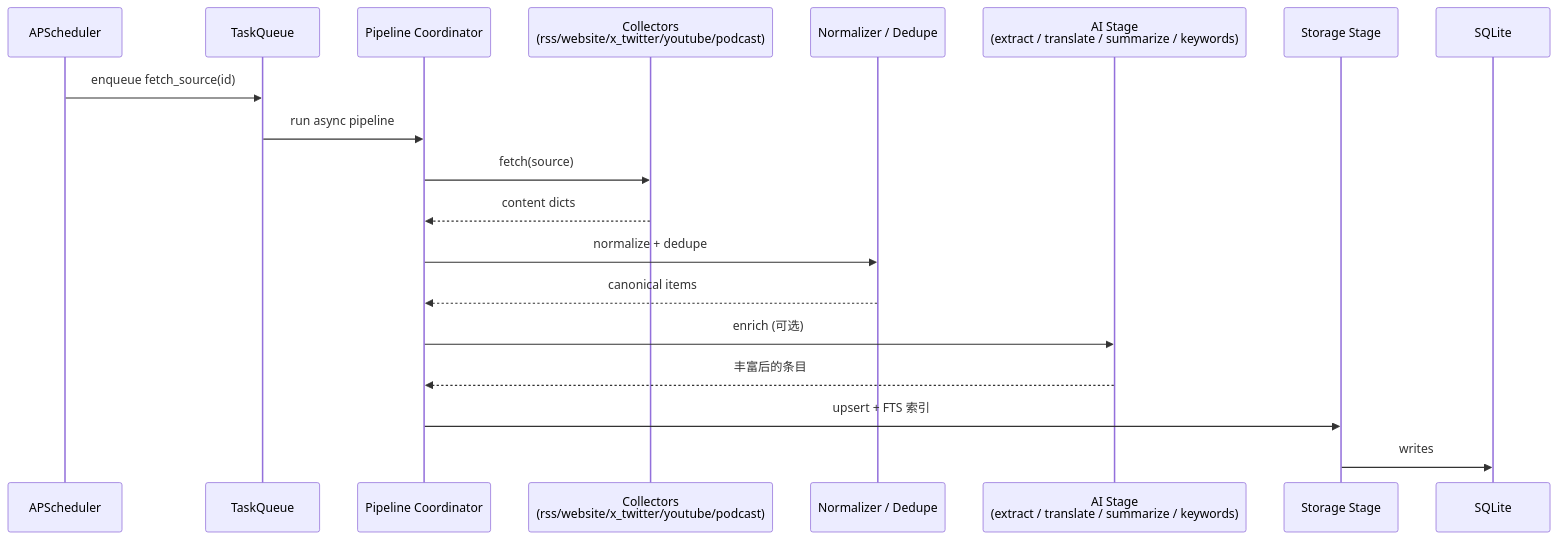
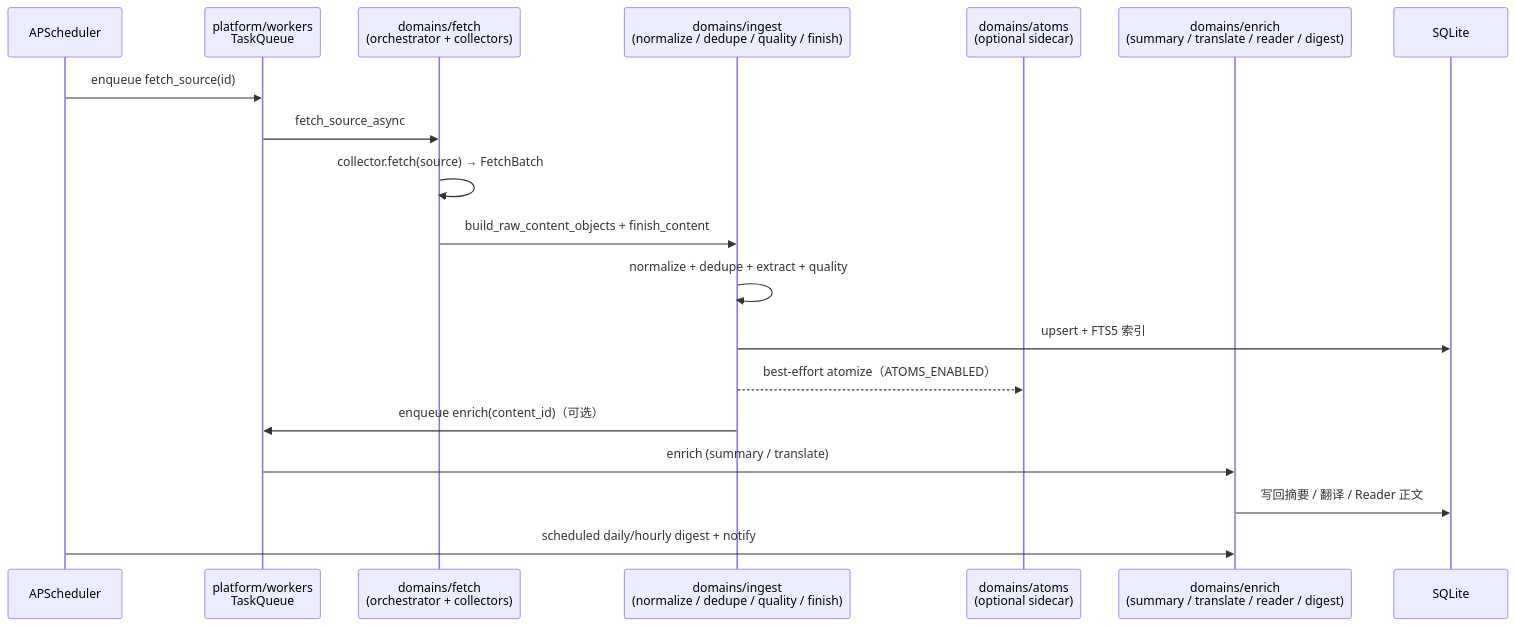
One commit to wangbubu2023/personal-info-monitor changed the second of 4 diagrams in docs/ARCHITECTURE.md. Above: the diagram before and after it, drawn with Mermaid. The commit also changed other lines of this file and 20 other files, not shown here.

````diff
--- a/docs/ARCHITECTURE.md
+++ b/docs/ARCHITECTURE.md
@@ -67,22 +99,22 @@
 ```mermaid
 sequenceDiagram
   participant Sched as APScheduler
-  participant TQ as TaskQueue
-  participant Coord as Pipeline Coordinator
-  participant Col as Collectors<br/>(rss/website/x_twitter/youtube/podcast)
-  participant Norm as Normalizer / Dedupe
-  participant AI as AI Stage<br/>(extract / translate / summarize / keywords)
-  participant Store as Storage Stage
+  participant TQ as platform/workers<br/>TaskQueue
+  participant Fetch as domains/fetch<br/>(orchestrator + collectors)
+  participant Ingest as domains/ingest<br/>(normalize / dedupe / quality / finish)
+  participant Atom as domains/atoms<br/>(optional sidecar)
+  participant Enrich as domains/enrich<br/>(summary / translate / reader / digest)
   participant DB as SQLite
 
   Sched->>TQ: enqueue fetch_source(id)
-  TQ->>Coord: run async pipeline
-  Coord->>Col: fetch(source)
-  Col-->>Coord: content dicts
-  Coord->>Norm: normalize + dedupe
-  Norm-->>Coord: canonical items
-  Coord->>AI: enrich (可选)
-  AI-->>Coord: 丰富后的条目
-  Coord->>Store: upsert + FTS 索引
-  Store->>DB: writes
+  TQ->>Fetch: fetch_source_async
+  Fetch->>Fetch: collector.fetch(source) → FetchBatch
+  Fetch->>Ingest: build_raw_content_objects + finish_content
+  Ingest->>Ingest: normalize + dedupe + extract + quality
+  Ingest->>DB: upsert + FTS5 索引
+  Ingest-->>Atom: best-effort atomize（ATOMS_ENABLED）
+  Ingest->>TQ: enqueue enrich(content_id)（可选）
+  TQ->>Enrich: enrich (summary / translate)
+  Enrich->>DB: 写回摘要 / 翻译 / Reader 正文
+  Sched->>Enrich: scheduled daily/hourly digest + notify
 ```
````
